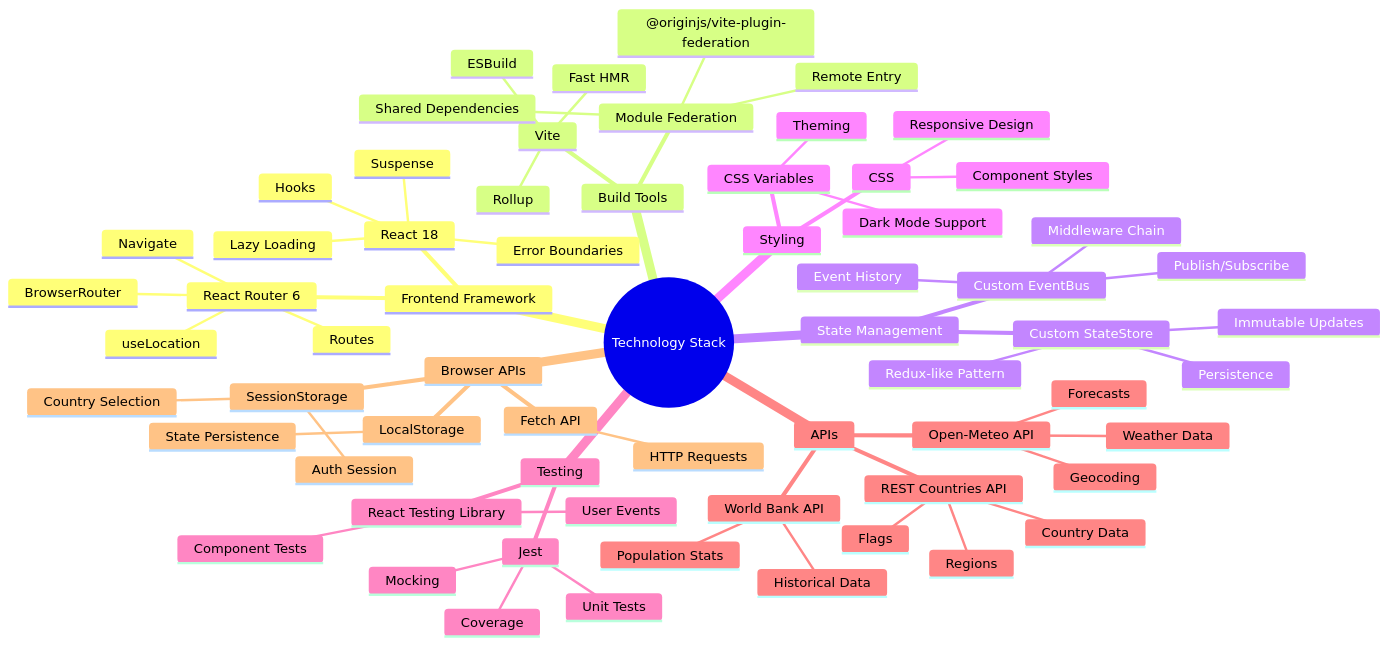
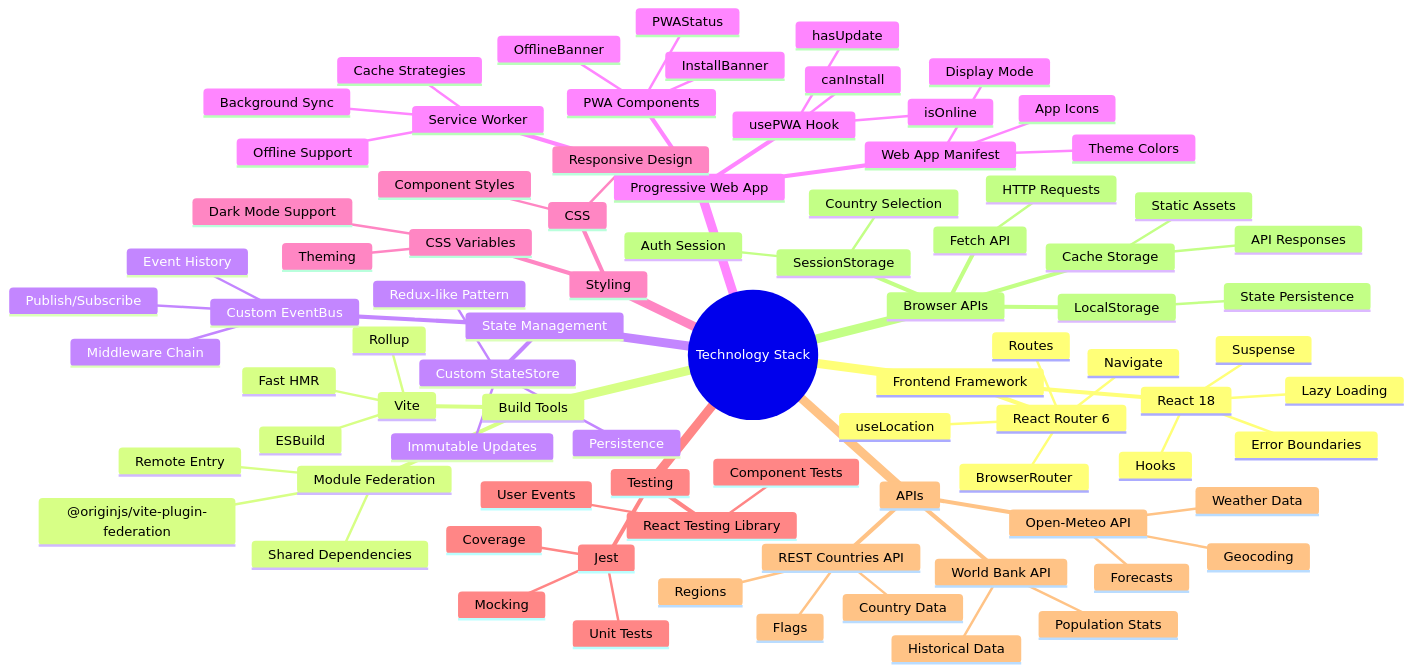
Before and after one commit to decodewithraghu/microfrontend-app-demo: the fourth of 19 diagrams in docs/ARCHITECTURE_DIAGRAMS_UPDATED.md, drawn with Mermaid. The commit also changed other lines of this file, not shown here.

First line of the commit message:
docs: Add PWA architecture diagrams

````diff
--- a/docs/ARCHITECTURE_DIAGRAMS_UPDATED.md
+++ b/docs/ARCHITECTURE_DIAGRAMS_UPDATED.md
@@ -124,6 +239,23 @@
         Redux-like Pattern
         Immutable Updates
         Persistence
+    Progressive Web App
+      Service Worker
+        Cache Strategies
+        Offline Support
+        Background Sync
+      Web App Manifest
+        App Icons
+        Theme Colors
+        Display Mode
+      PWA Components
+        PWAStatus
+        OfflineBanner
+        InstallBanner
+      usePWA Hook
+        isOnline
+        canInstall
+        hasUpdate
     Styling
       CSS
         Component Styles
@@ -157,6 +289,9 @@
         Country Selection
       LocalStorage
         State Persistence
+      Cache Storage
+        Static Assets
+        API Responses
       Fetch API
         HTTP Requests
 ```
````
